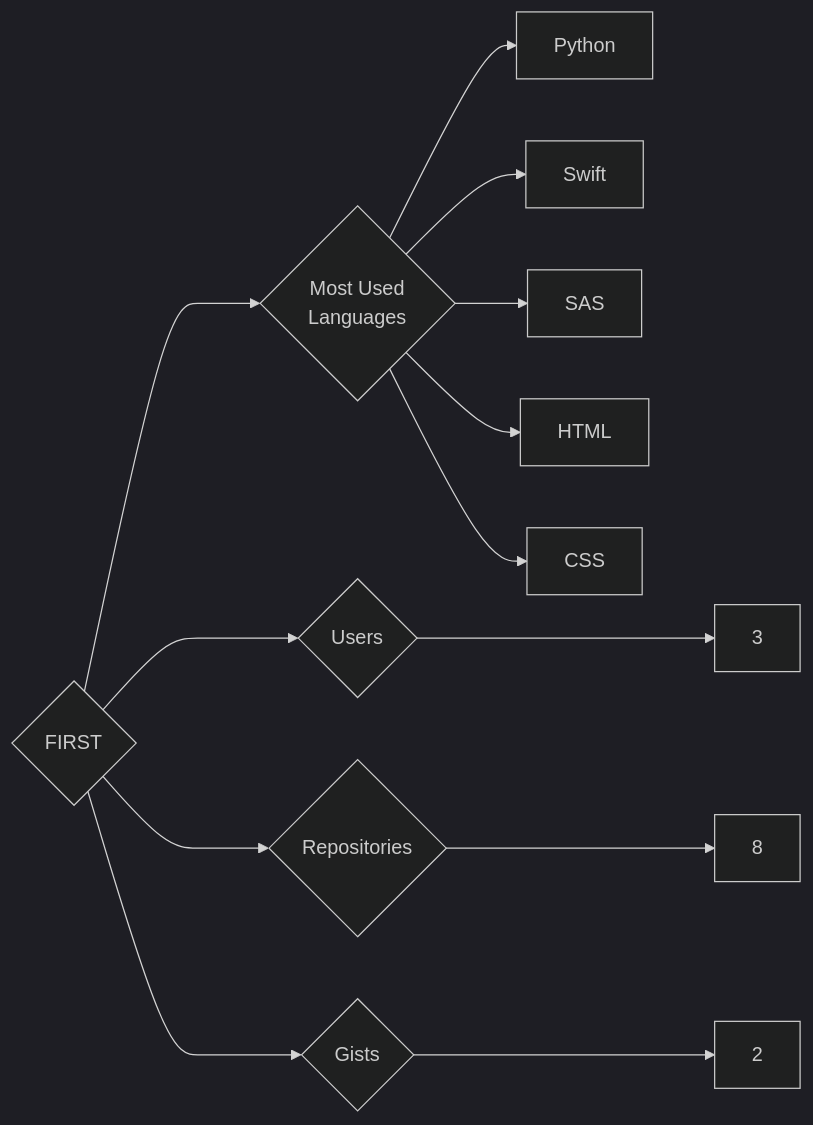
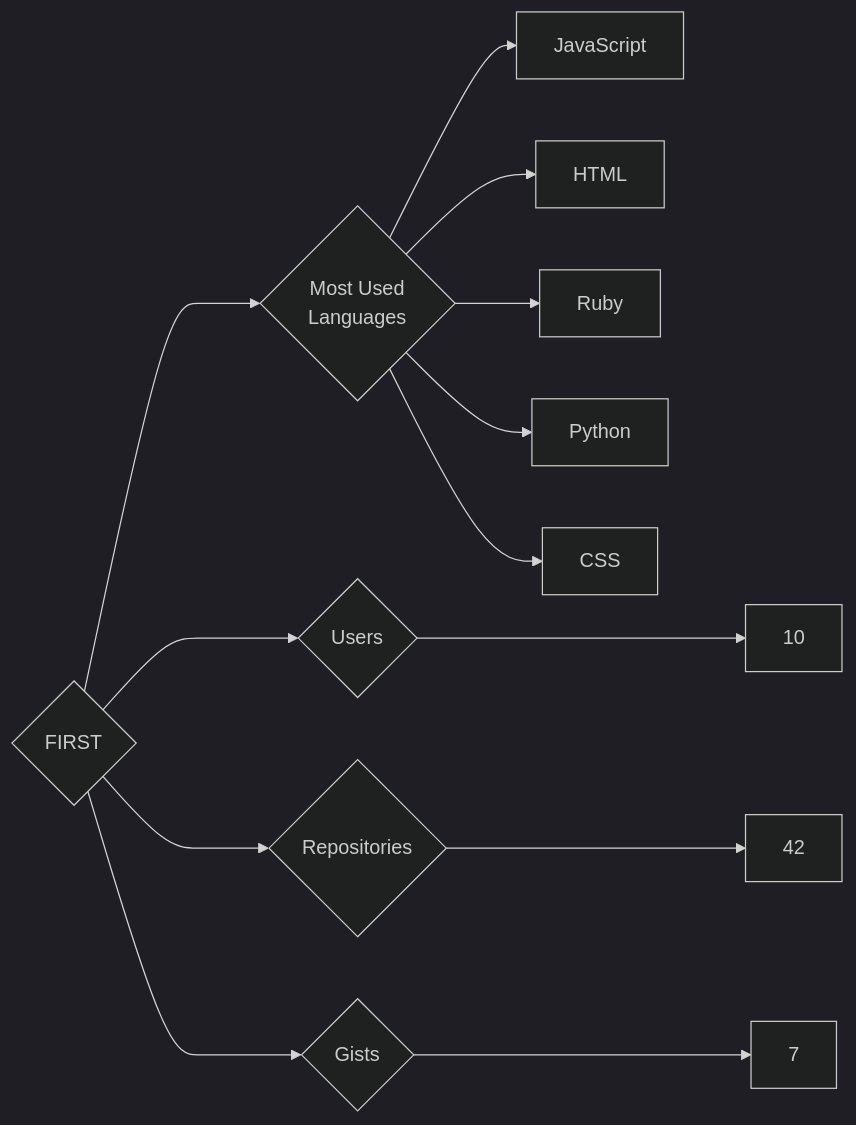
Before and after one commit to trickest/insiders: the diagram in targets/FIRST/README.md, drawn with Mermaid (dark theme). The commit also changed 1195 other files, not shown here.

````diff
--- a/targets/FIRST/README.md
+++ b/targets/FIRST/README.md
@@ -3,13 +3,13 @@
 ```mermaid
 graph LR
 COMPANY_NAME{FIRST}
-COMPANY_NAME ---> U{Users} ---> UN[3]
-COMPANY_NAME ---> R{Repositories} ---> RN[8]
-COMPANY_NAME ---> G{Gists} ---> GN[2]
+COMPANY_NAME ---> U{Users} ---> UN[10]
+COMPANY_NAME ---> R{Repositories} ---> RN[42]
+COMPANY_NAME ---> G{Gists} ---> GN[7]
 COMPANY_NAME ---> ML{Most Used<br>Languages}
+ML --> JavaScript[JavaScript]
+ML --> HTML[HTML]
+ML --> Ruby[Ruby]
 ML --> Python[Python]
-ML --> Swift[Swift]
-ML --> SAS[SAS]
-ML --> HTML[HTML]
 ML --> CSS[CSS]
 ```
````
